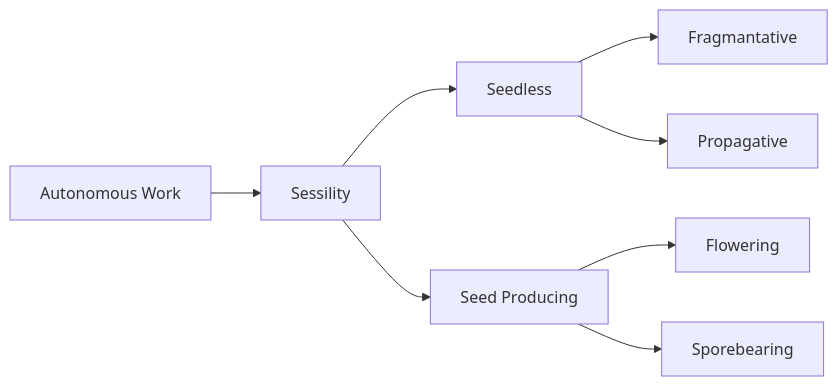
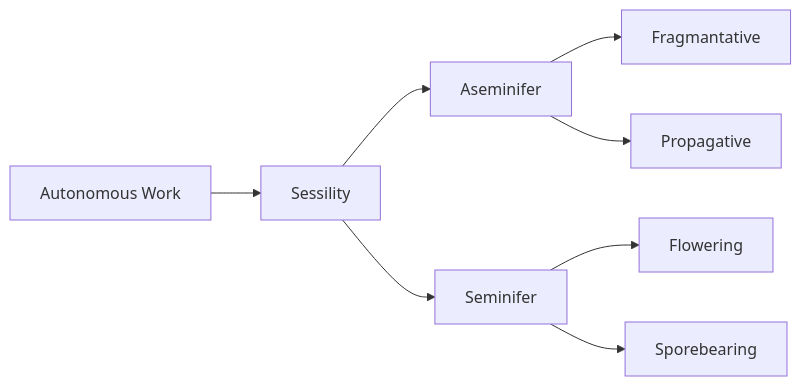
The first of 3 diagrams in content/Encyclopedia Mysenvaria/Culture/Sciences & Technologies/Scientific Theories & Laws/Evolutionary Classification.md (RagtimeGal/quartz--encyclopedia-mysenvaria), drawn with Mermaid before and after one commit. The commit also changed other lines of this file and 775 other files, not shown here.

````diff
--- a/content/Encyclopedia Mysenvaria/Culture/Sciences & Technologies/Scientific Theories & Laws/Evolutionary Classification.md
+++ b/content/Encyclopedia Mysenvaria/Culture/Sciences & Technologies/Scientific Theories & Laws/Evolutionary Classification.md
@@ -19,10 +19,10 @@
 ```mermaid
 flowchart LR
 Taxa[Autonomous Work]-->Taxa1[Sessility]
-Taxa1-->Taxa11[Seedless]
+Taxa1-->Taxa11[Aseminifer]
 Taxa11-->Taxa111[Fragmantative]
 Taxa11-->Taxa112[Propagative]
-Taxa1-->Taxa12[Seed Producing]
+Taxa1-->Taxa12[Seminifer]
 Taxa12-->Taxa121[Flowering]
 Taxa12-->Taxa122[Sporebearing]
 ```
````
